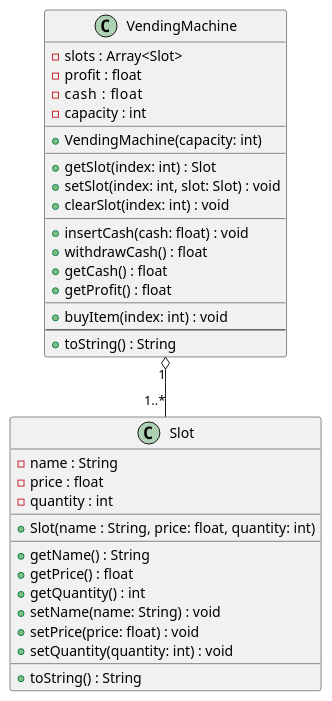
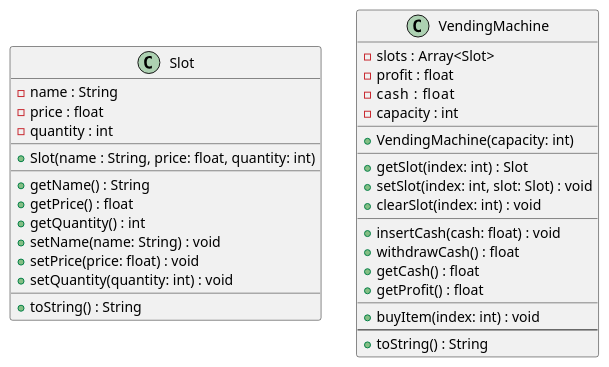
Before and after one commit to qxcodepoo/arcade: the diagram in base/011/.cache/Readme.md, drawn with PlantUML. The commit also changed other lines of this file and 47 other files, not shown here.

````diff
--- a/base/011/.cache/Readme.md
+++ b/base/011/.cache/Readme.md
@@ -143,61 +54,59 @@
 ```plantuml
-@startuml
 class Slot {
     - name : String
     - price : float
     - quantity : int
     __
     + Slot(name : String, price: float, quantity: int)
     __
     + getName() : String
     + getPrice() : float
     + getQuantity() : int
     + setName(name: String) : void
     + setPrice(price: float) : void
     + setQuantity(quantity: int) : void
     __
     + toString() : String
 }
+
 class VendingMachine {
     - slots : Array<Slot>
     - profit : float
     - cash   : float
     - capacity : int
     __
     ' inicialize a máquina criando todos os slots
     + VendingMachine(capacity: int)
     __
     ' se houver slot nessa posição, retorne
     ' se não, retorne null ou lançe uma excessão
     + getSlot(index: int) : Slot
     '
     ' altere o valor slot nessa posição
     + setSlot(index: int, slot: Slot) : void
     '
     ' limpe as informações do slot nessa posição
     + clearSlot(index: int) : void
     __
     ' adicione dinheiro no cash da máquina
     + insertCash(cash: float) : void
     '
     ' retorne o valor do cash da máquina e zere o cash
     + withdrawCash() : float
     '
     ' informe o valor do cash sem zerar o cash
     + getCash() : float
     '
     ' informe o valor apurado com todas as vendas
     + getProfit() : float
     __
     ' se existir produto nessa posição
     ' se o dinheiro do cash for suficiente
     ' se a quantidade do produto for maior que zero
     ' deduza da quantidade 1
     ' deduza do cash o valor do produto
     + buyItem(index: int) : void
     --
     + toString() : String
 }
-VendingMachine "1" o-- "1..*" Slot
-@enduml
 ```
````
